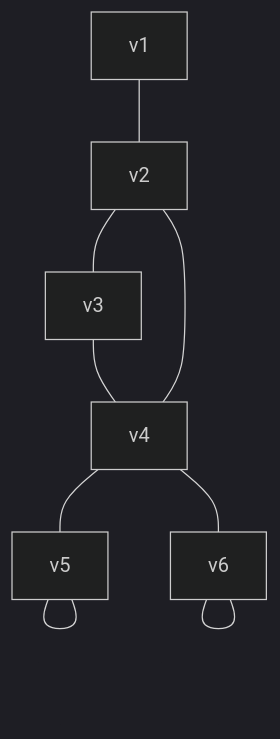
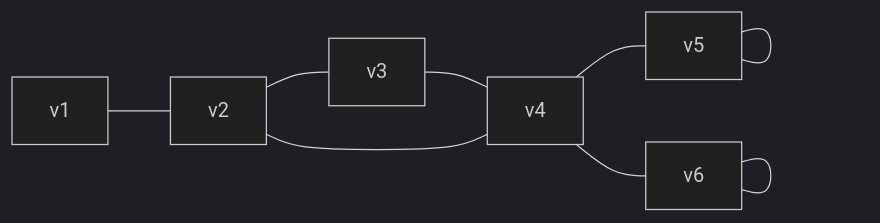
The fourth of 4 diagrams in 离散数学作业.md (DCMMC/Notes), drawn with Mermaid (dark theme) before and after one commit.

Commit message:
修改文件: 离散数学作业.md

````diff
--- a/离散数学作业.md
+++ b/离散数学作业.md
@@ -119,13 +119,13 @@
 ```mermaid!
-graph TB;
+graph LR;
 	v1---v2;
 	v2---v3;
 	v3---v4;
 	v2---v4;
 	v4---v5;
 	v4---v6;
 	v5---v5;
 	v5---v5;
 	v6---v6;
 	v6---v6;
 ```
````
